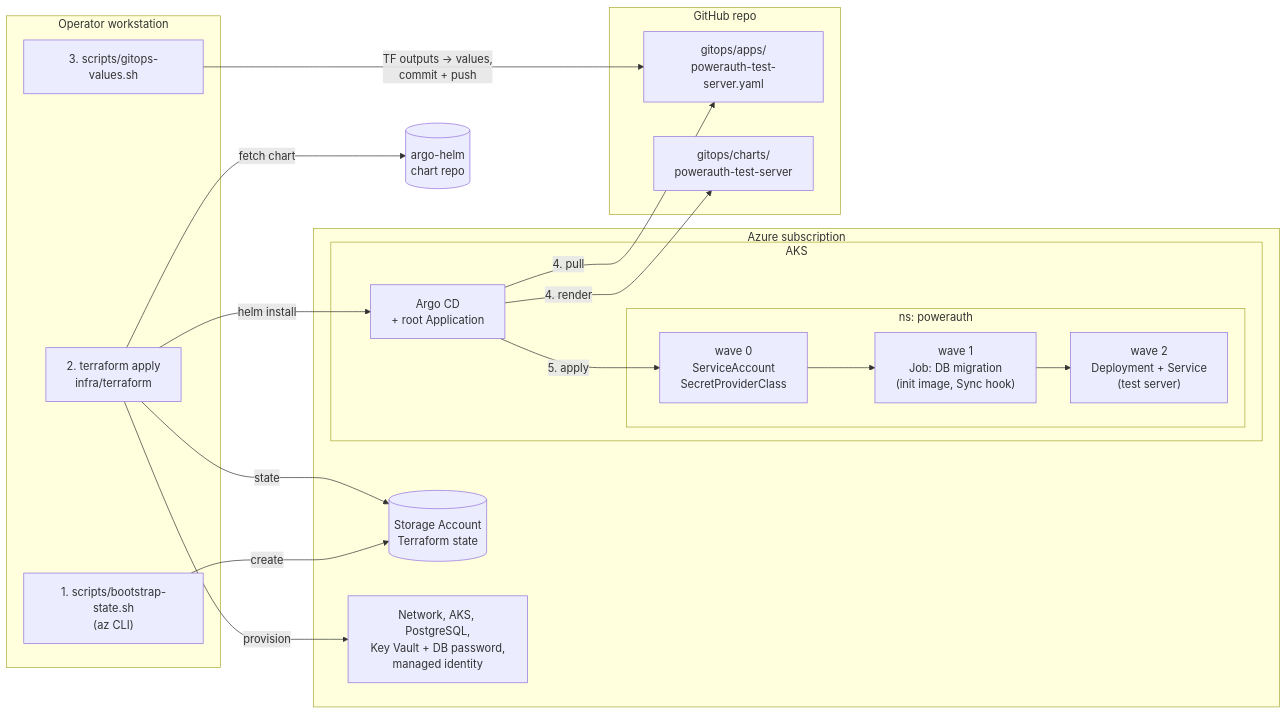
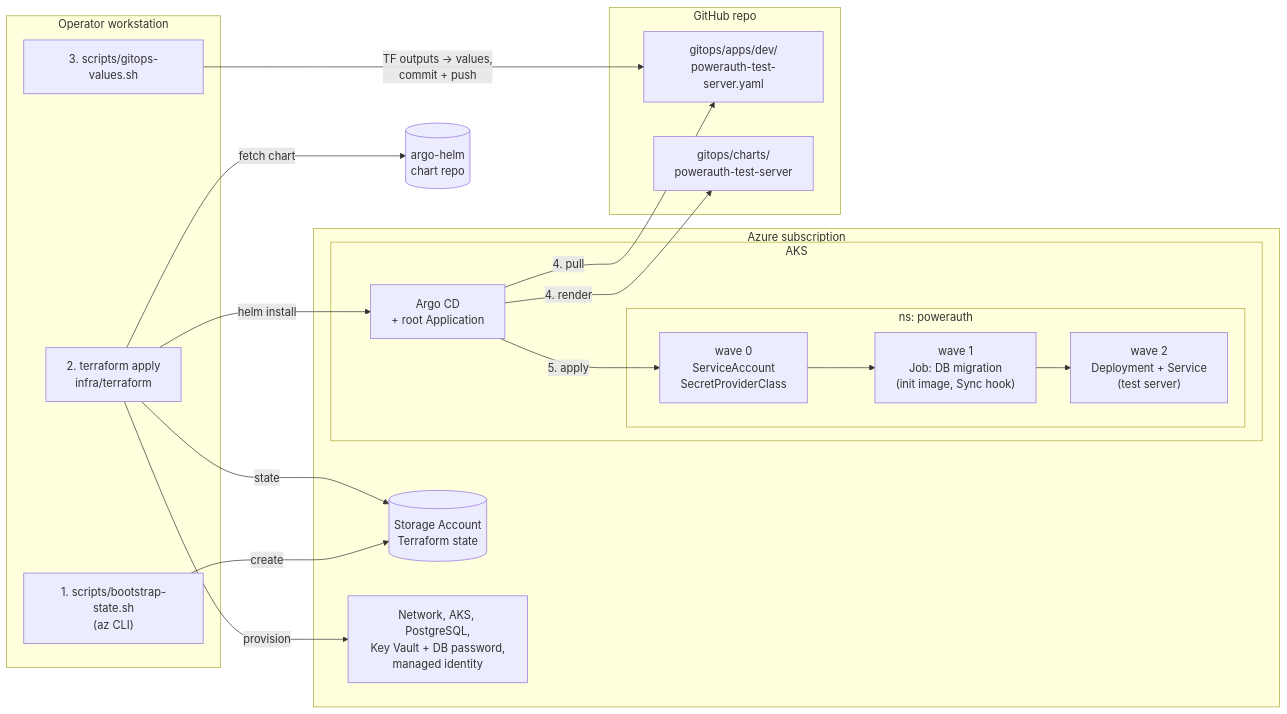
One commit to dspenik/wultra-homework changed the first of 2 diagrams in README.md. Above: the diagram before and after it, drawn with Mermaid. The commit also changed other lines of this file and 9 other files, not shown here.

````diff
--- a/README.md
+++ b/README.md
@@ -9,39 +9,39 @@
 ```mermaid
 flowchart LR
     subgraph operator["Operator workstation"]
         bootstrap["1. scripts/bootstrap-state.sh<br/>(az CLI)"]
         tf["2. terraform apply<br/>infra/terraform"]
         values["3. scripts/gitops-values.sh"]
     end
 
     subgraph azure["Azure subscription"]
         state[("Storage Account<br/>Terraform state")]
         infra["Network, AKS, PostgreSQL,<br/>Key Vault + DB password,<br/>managed identity"]
         subgraph aks["AKS"]
             argocd["Argo CD<br/>+ root Application"]
             subgraph nsapp["ns: powerauth"]
                 w0["wave 0<br/>ServiceAccount<br/>SecretProviderClass"]
                 w1["wave 1<br/>Job: DB migration<br/>(init image, Sync hook)"]
                 w2["wave 2<br/>Deployment + Service<br/>(test server)"]
             end
         end
     end
 
     subgraph github["GitHub repo"]
-        apps["gitops/apps/<br/>powerauth-test-server.yaml"]
+        apps["gitops/apps/dev/<br/>powerauth-test-server.yaml"]
         chart["gitops/charts/<br/>powerauth-test-server"]
     end
 
     argohelm[("argo-helm<br/>chart repo")]
 
     bootstrap -- "create" --> state
     tf -- "state" --> state
     tf -- "provision" --> infra
     tf -- "helm install" --> argocd
     tf -- "fetch chart" --> argohelm
     values -- "TF outputs → values,<br/>commit + push" --> apps
 
     argocd -- "4. pull" --> apps
     argocd -- "4. render" --> chart
     argocd -- "5. apply" --> w0 --> w1 --> w2
 ```
````
